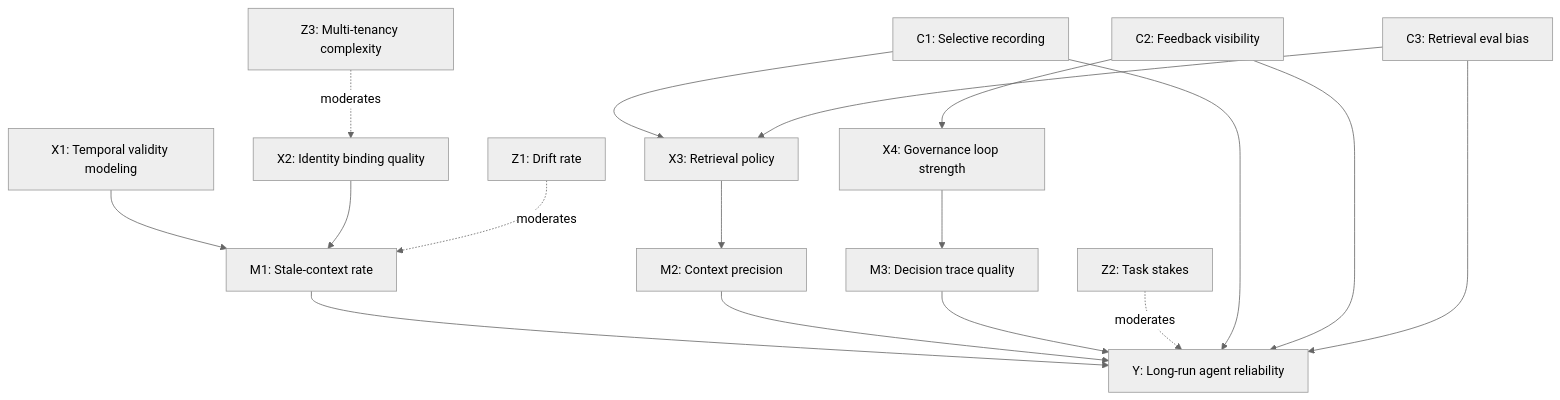
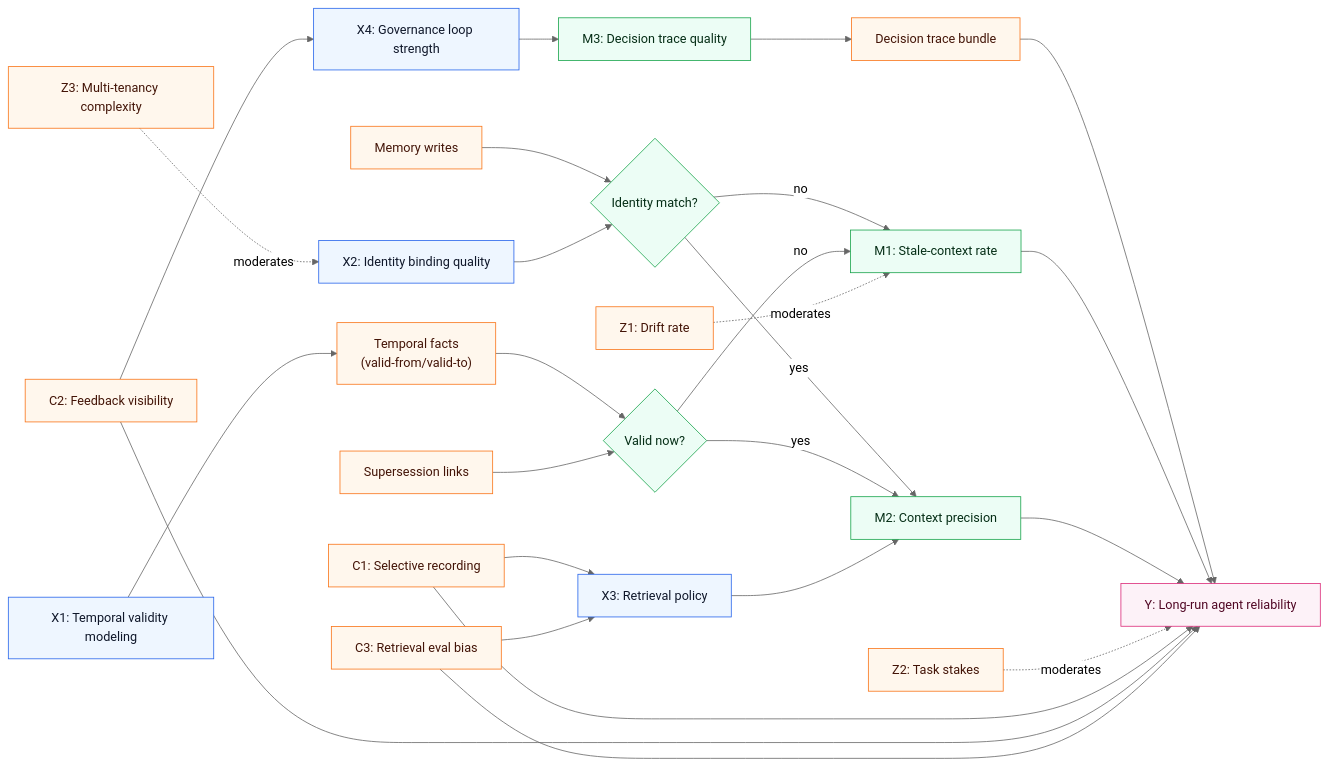
The first of 3 diagrams in docs/blog/posts/temporal-memory-beats-bigger-context.md (5Reasons/5reasons.github.io), drawn with Mermaid (neutral theme) before and after one commit. The commit also changed other lines of this file and 14 other files, not shown here.

First line of the commit message:
Refactor diagrams and improve clarity in blog posts and case studies

````diff
--- a/docs/blog/posts/temporal-memory-beats-bigger-context.md
+++ b/docs/blog/posts/temporal-memory-beats-bigger-context.md
@@ -72,24 +72,66 @@
 ```mermaid
-graph TD;
-  Y["Y: Long-run agent reliability"];
+flowchart LR
+  %% Inputs
+  X1["X1: Temporal validity modeling"]:::i
+  X2["X2: Identity binding quality"]:::i
+  X3["X3: Retrieval policy"]:::i
+  X4["X4: Governance loop strength"]:::i
 
-  X1["X1: Temporal validity modeling"] --> M1["M1: Stale-context rate"];
-  X2["X2: Identity binding quality"] --> M1;
-  X3["X3: Retrieval policy"] --> M2["M2: Context precision"];
-  X4["X4: Governance loop strength"] --> M3["M3: Decision trace quality"];
+  %% Moderators / confounders
+  Z1["Z1: Drift rate"]:::r
+  Z2["Z2: Task stakes"]:::r
+  Z3["Z3: Multi-tenancy complexity"]:::r
+  C1["C1: Selective recording"]:::r
+  C2["C2: Feedback visibility"]:::r
+  C3["C3: Retrieval eval bias"]:::r
 
-  M1 --> Y;
-  M2 --> Y;
-  M3 --> Y;
+  %% Gates
+  G1{"Identity match?"}:::p
+  G2{"Valid now?"}:::p
 
-  Z1["Z1: Drift rate"] -. moderates .-> M1;
-  Z2["Z2: Task stakes"] -. moderates .-> Y;
-  Z3["Z3: Multi-tenancy complexity"] -. moderates .-> X2;
+  %% Mediators
+  M1["M1: Stale-context rate"]:::p
+  M2["M2: Context precision"]:::p
+  M3["M3: Decision trace quality"]:::p
 
-  C1["C1: Selective recording"] --> X3;
-  C1 --> Y;
-  C2["C2: Feedback visibility"] --> X4;
-  C2 --> Y;
-  C3["C3: Retrieval eval bias"] --> X3;
-  C3 --> Y;
+  %% Records / artifacts
+  R1["Memory writes"]:::r
+  R2["Temporal facts<br>(valid-from/valid-to)"]:::r
+  R3["Supersession links"]:::r
+  R4["Decision trace bundle"]:::r
+
+  %% Outcome
+  Y["Y: Long-run agent reliability"]:::o
+
+  %% Links
+  R1 --> G1
+  X2 --> G1
+  X1 --> R2 --> G2
+  R3 --> G2
+
+  G1 -- yes --> M2
+  G1 -- no --> M1
+  G2 -- yes --> M2
+  G2 -- no --> M1
+
+  X3 --> M2
+  X4 --> M3 --> R4 --> Y
+  M1 --> Y
+  M2 --> Y
+
+  Z1 -. moderates .-> M1
+  Z2 -. moderates .-> Y
+  Z3 -. moderates .-> X2
+  C1 --> X3
+  C1 --> Y
+  C2 --> X4
+  C2 --> Y
+  C3 --> X3
+  C3 --> Y
+
+  %% brModel styles
+  classDef i fill:#eef6ff,stroke:#2563eb,stroke-width:1px,color:#0f172a;
+  classDef p fill:#ecfdf5,stroke:#16a34a,stroke-width:1px,color:#052e16;
+  classDef r fill:#fff7ed,stroke:#f97316,stroke-width:1px,color:#431407;
+  classDef o fill:#fdf2f8,stroke:#db2777,stroke-width:1px,color:#500724;
 ```
````
